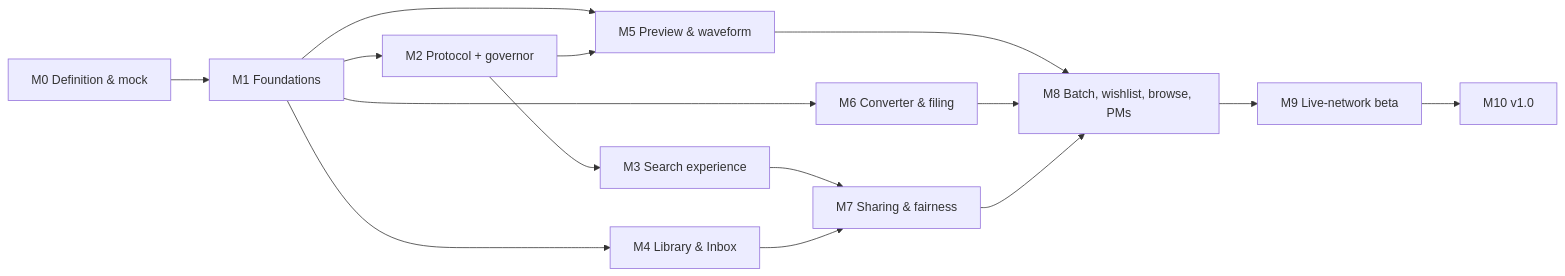
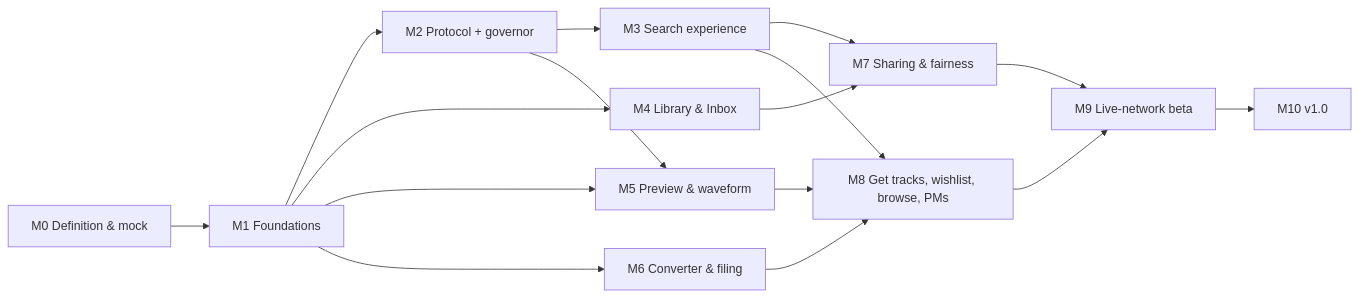
One commit to usr-ein/selecta changed the second of 2 diagrams in docs/PLAN.md. Above: the diagram before and after it, drawn with Mermaid. The commit also changed other lines of this file and 2 other files, not shown here.

First line of the commit message:
docs: Get tracks flow, yt-dlp previews, conversion on arrival (PRD v0.4)

````diff
--- a/docs/PLAN.md
+++ b/docs/PLAN.md
@@ -142,17 +146,18 @@
 ```mermaid
 flowchart LR
   M0[M0 Definition & mock] --> M1[M1 Foundations]
   M1 --> M2[M2 Protocol + governor]
   M2 --> M3[M3 Search experience]
   M1 --> M4[M4 Library & Inbox]
   M1 --> M5[M5 Preview & waveform]
   M2 --> M5
   M1 --> M6[M6 Converter & filing]
   M3 --> M7[M7 Sharing & fairness]
   M4 --> M7
-  M5 --> M8[M8 Batch, wishlist, browse, PMs]
+  M3 --> M8[M8 Get tracks, wishlist, browse, PMs]
+  M5 --> M8
   M6 --> M8
-  M7 --> M8
-  M8 --> M9[M9 Live-network beta]
+  M7 --> M9[M9 Live-network beta]
+  M8 --> M9
   M9 --> M10[M10 v1.0]
 ```
````
